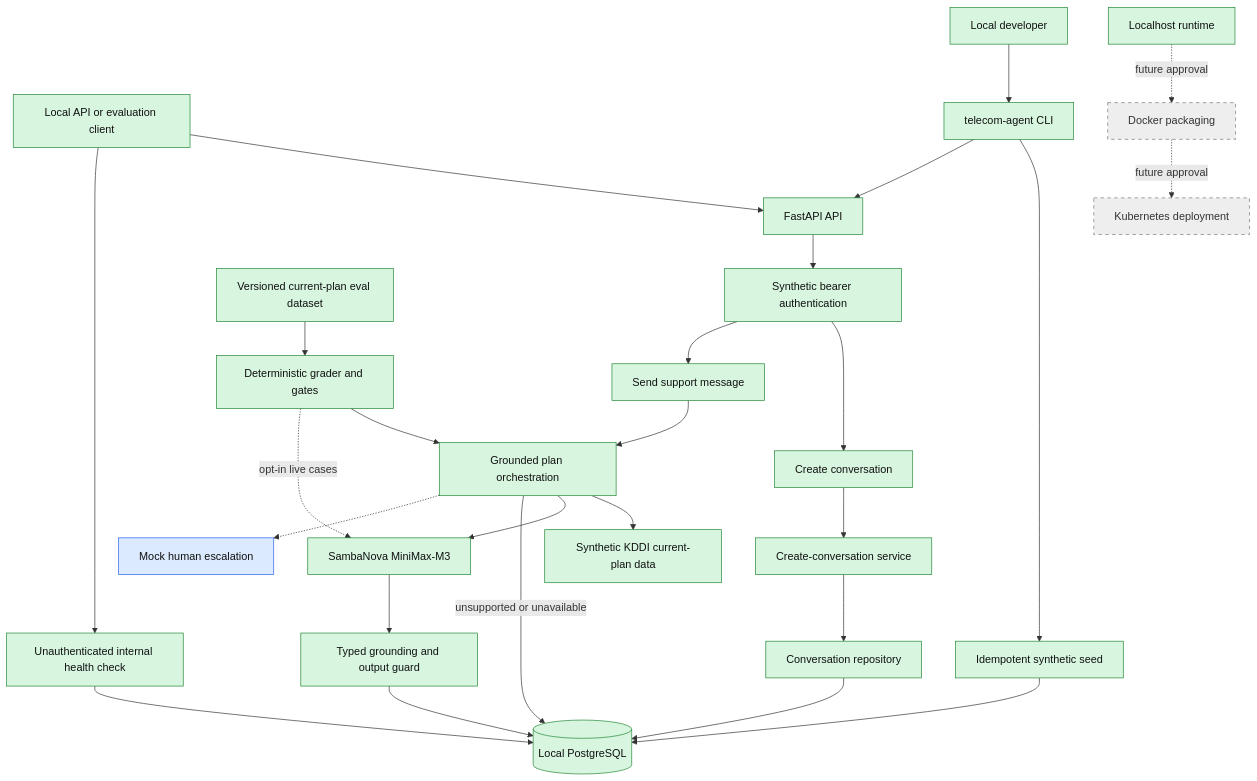
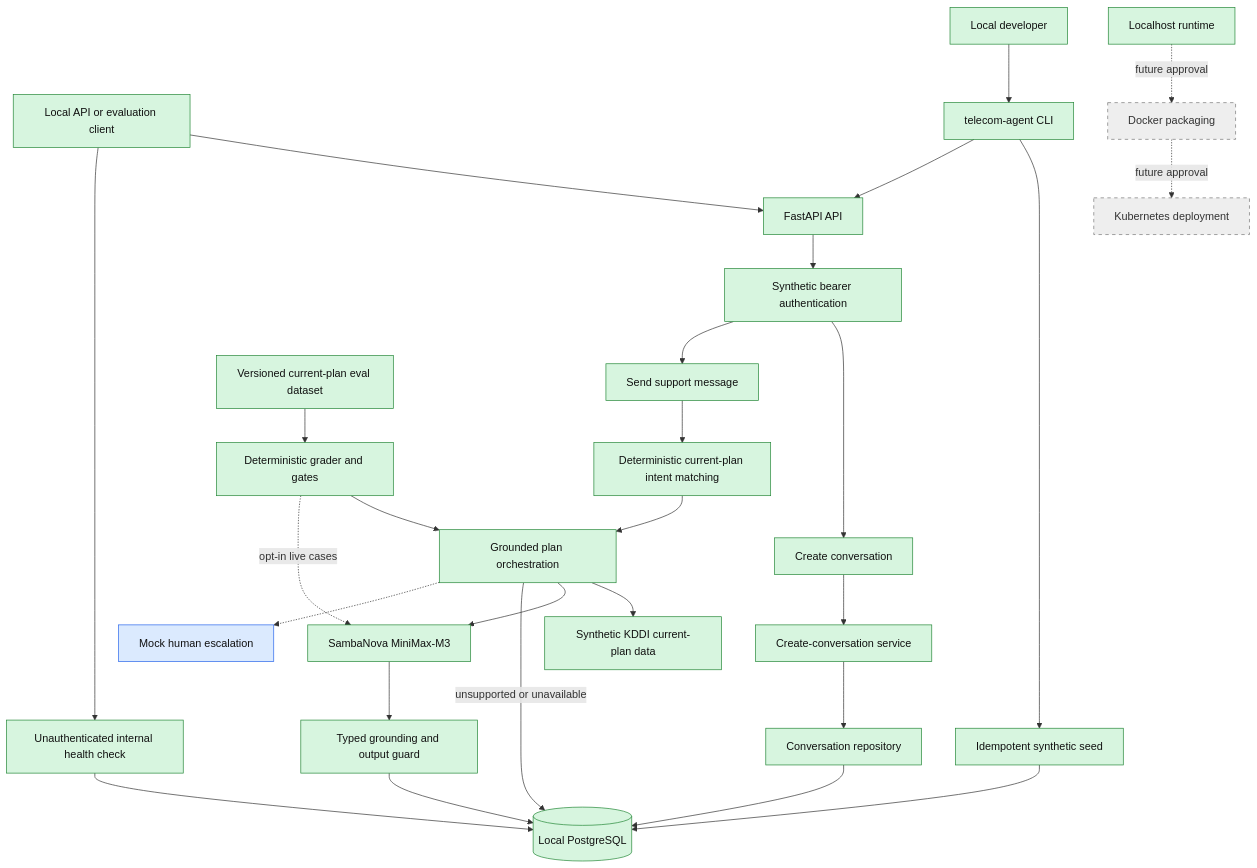
One commit to reggie-lu/codex-telecom-agent-workspace changed the diagram in docs/ARCHITECTURE.md. Above: the diagram before and after it, drawn with Mermaid. The commit also changed other lines of this file and 11 other files, not shown here.

Commit message:
Improve current plan evaluation quality

````diff
--- a/docs/ARCHITECTURE.md
+++ b/docs/ARCHITECTURE.md
@@ -170,42 +170,43 @@
 ```mermaid
 flowchart TB
     Client[Local API or evaluation client] --> API[FastAPI API]
     API --> Auth[Synthetic bearer authentication]
     Client --> Health[Unauthenticated internal health check]
     Health --> DB
 
     Developer[Local developer] --> CLI[telecom-agent CLI]
     CLI --> Seed[Idempotent synthetic seed]
     Seed --> DB
     CLI --> API
 
     Auth --> Create[Create conversation]
     Create --> ConversationService[Create-conversation service]
     ConversationService --> ConversationRepo[Conversation repository]
     ConversationRepo --> DB[(Local PostgreSQL)]
 
     Auth --> Message[Send support message]
-    Message --> Support[Grounded plan orchestration]
+    Message --> Intent[Deterministic current-plan intent matching]
+    Intent --> Support[Grounded plan orchestration]
     Support --> KDDI[Synthetic KDDI current-plan data]
     Support --> Model[SambaNova MiniMax-M3]
     Model --> Guard[Typed grounding and output guard]
     Guard --> DB
     Support -->|unsupported or unavailable| DB
     Support -.-> Escalation[Mock human escalation]
 
     Dataset[Versioned current-plan eval dataset] --> Eval[Deterministic grader and gates]
     Eval --> Support
     Eval -. opt-in live cases .-> Model
 
     Local[Localhost runtime] -. future approval .-> Docker[Docker packaging]
     Docker -. future approval .-> K8s[Kubernetes deployment]
 
     classDef implemented fill:#d7f5df,stroke:#238636,color:#111
     classDef agreed fill:#dbeafe,stroke:#2563eb,color:#111
     classDef deferred fill:#eeeeee,stroke:#777,color:#333,stroke-dasharray:5 5
 
-    class Client,API,Auth,Health,Developer,CLI,Seed,Create,ConversationService,ConversationRepo,Message,Support,KDDI,Guard,Model,DB,Local implemented
+    class Client,API,Auth,Health,Developer,CLI,Seed,Create,ConversationService,ConversationRepo,Message,Intent,Support,KDDI,Guard,Model,DB,Local implemented
     class Escalation agreed
     class Dataset,Eval implemented
     class Docker,K8s deferred
 ```
````
